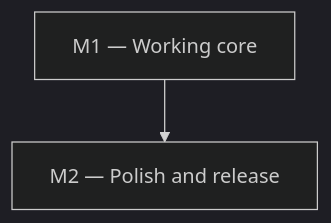
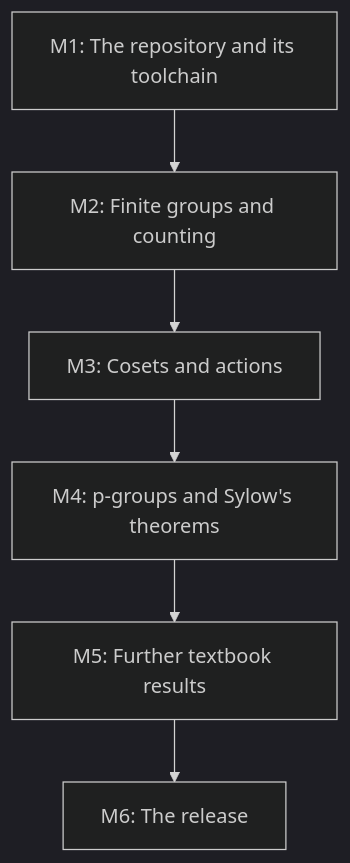
One commit to ualib/agda-groups changed the seventh of 7 diagrams in docs/GITHUB_PROJECT.md. Above: the diagram before and after it, drawn with Mermaid (dark theme). The commit also changed other lines of this file, not shown here.

````diff
--- a/docs/GITHUB_PROJECT.md
+++ b/docs/GITHUB_PROJECT.md
@@ -90,6 +354,14 @@
 ```mermaid
 graph TD
-  M1["M1 — Working core"]
-  M2["M2 — Polish and release"]
+  M1["M1: The repository and its toolchain"]
+  M2["M2: Finite groups and counting"]
+  M3["M3: Cosets and actions"]
+  M4["M4: p-groups and Sylow's theorems"]
+  M5["M5: Further textbook results"]
+  M6["M6: The release"]
   M1 --> M2
+  M2 --> M3
+  M3 --> M4
+  M4 --> M5
+  M5 --> M6
 ```
````
